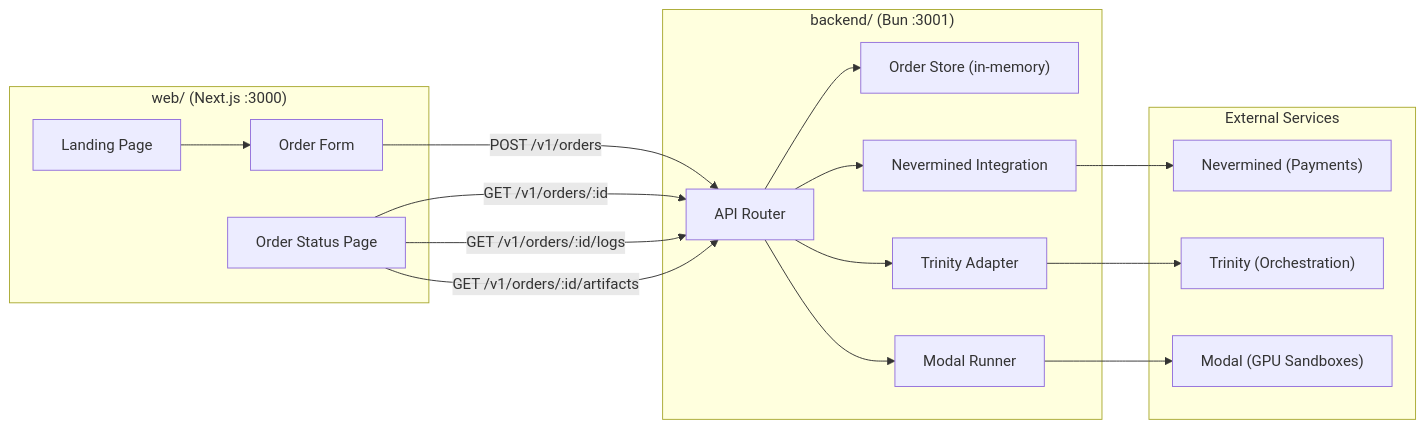
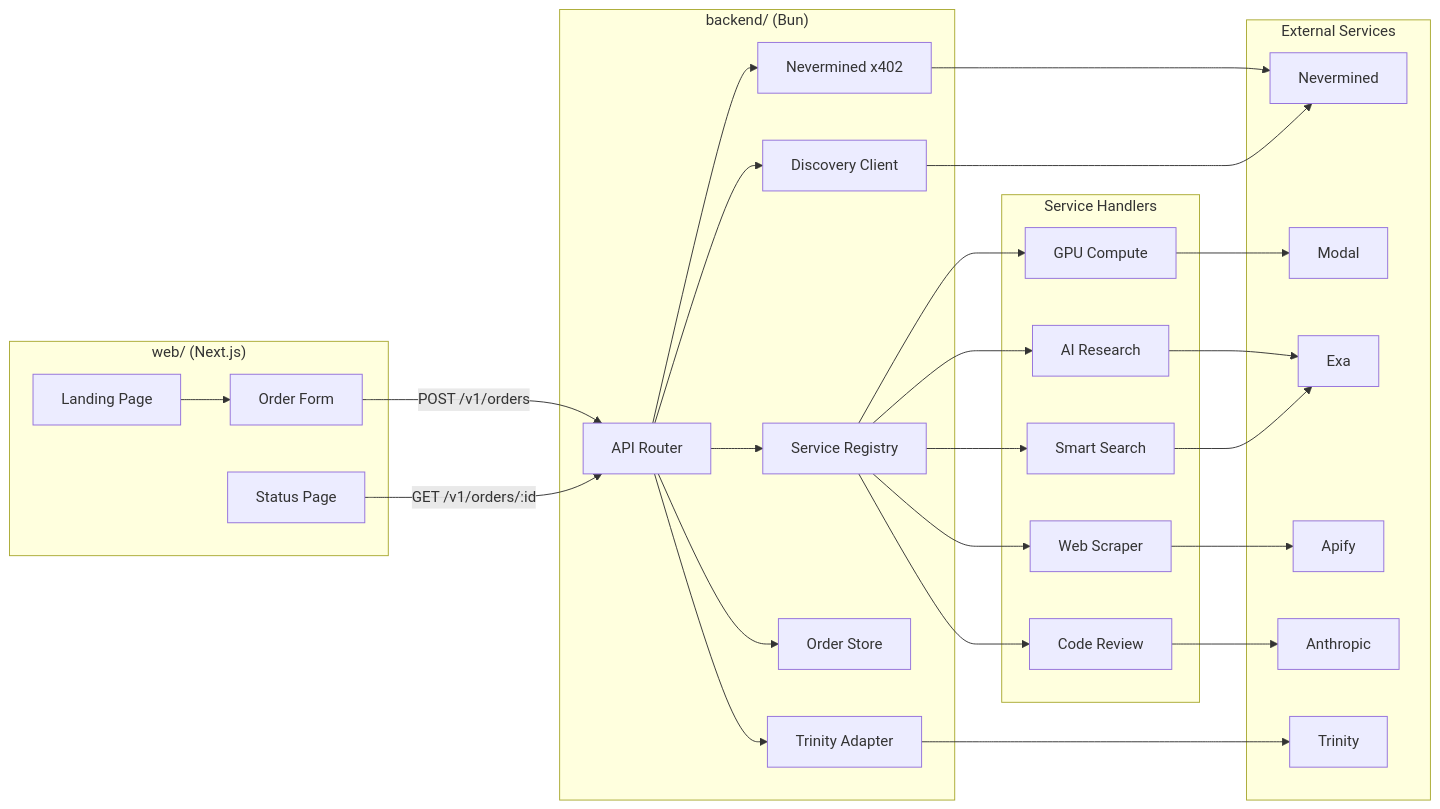
Before and after one commit to shlawgathon/CloudAGI: the first of 4 diagrams in README.md, drawn with Mermaid. The commit also changed other lines of this file and 12 other files, not shown here.

````diff
--- a/README.md
+++ b/README.md
@@ -40,35 +43,59 @@
 ```mermaid
 graph LR
-    subgraph Frontend["web/ (Next.js :3000)"]
+    subgraph Frontend["web/ (Next.js)"]
         LP["Landing Page"]
         OF["Order Form"]
-        SP["Order Status Page"]
+        SP["Status Page"]
     end
 
-    subgraph Backend["backend/ (Bun :3001)"]
+    subgraph Backend["backend/ (Bun)"]
         API["API Router"]
-        OS["Order Store (in-memory)"]
-        NVM["Nevermined Integration"]
+        REG["Service Registry"]
+        NVM["Nevermined x402"]
+        DISC["Discovery Client"]
+        OS["Order Store"]
         TR["Trinity Adapter"]
-        MR["Modal Runner"]
+    end
+
+    subgraph Handlers["Service Handlers"]
+        GPU["GPU Compute"]
+        AIR["AI Research"]
+        WS["Web Scraper"]
+        CR["Code Review"]
+        SS["Smart Search"]
     end
 
     subgraph External["External Services"]
-        NEV["Nevermined (Payments)"]
-        TRI["Trinity (Orchestration)"]
-        MOD["Modal (GPU Sandboxes)"]
+        NEV["Nevermined"]
+        MOD["Modal"]
+        EXA["Exa"]
+        APF["Apify"]
+        ANT["Anthropic"]
+        TRI["Trinity"]
     end
 
     LP --> OF
     OF -->|POST /v1/orders| API
+    SP -->|GET /v1/orders/:id| API
+
+    API --> REG
+    API --> NVM
+    API --> DISC
     API --> OS
-    SP -->|GET /v1/orders/:id| API
-    SP -->|GET /v1/orders/:id/logs| API
-    SP -->|GET /v1/orders/:id/artifacts| API
-    API --> NVM
+    API --> TR
+
+    REG --> GPU
+    REG --> AIR
+    REG --> WS
+    REG --> CR
+    REG --> SS
+
     NVM --> NEV
-    API --> TR
+    DISC --> NEV
+    GPU --> MOD
+    AIR --> EXA
+    WS --> APF
+    CR --> ANT
+    SS --> EXA
     TR --> TRI
-    API --> MR
-    MR --> MOD
 ```
````
